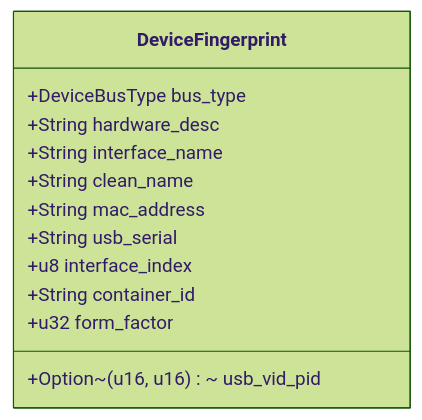
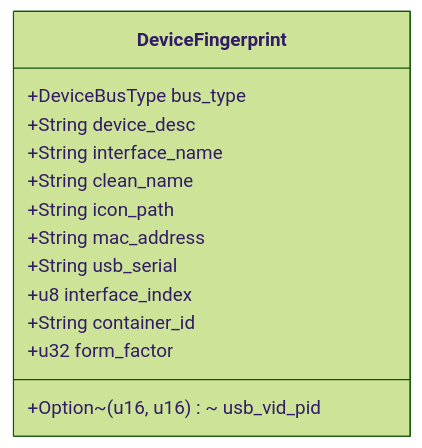
The fourth of 8 diagrams in docs/device-id-migration.md (felipecrs/volume-locker), drawn with Mermaid (forest theme) before and after one commit. The commit also changed other lines of this file and 4 other files, not shown here.

````diff
--- a/docs/device-id-migration.md
+++ b/docs/device-id-migration.md
@@ -92,15 +92,16 @@
 ```mermaid
 classDiagram
     class DeviceFingerprint {
         +DeviceBusType bus_type
-        +String hardware_desc
+        +String device_desc
         +String interface_name
         +String clean_name
+        +String icon_path
         +String mac_address
         +Option~(u16, u16)~ usb_vid_pid
         +String usb_serial
         +u8 interface_index
         +String container_id
         +u32 form_factor
     }
 ```
````
